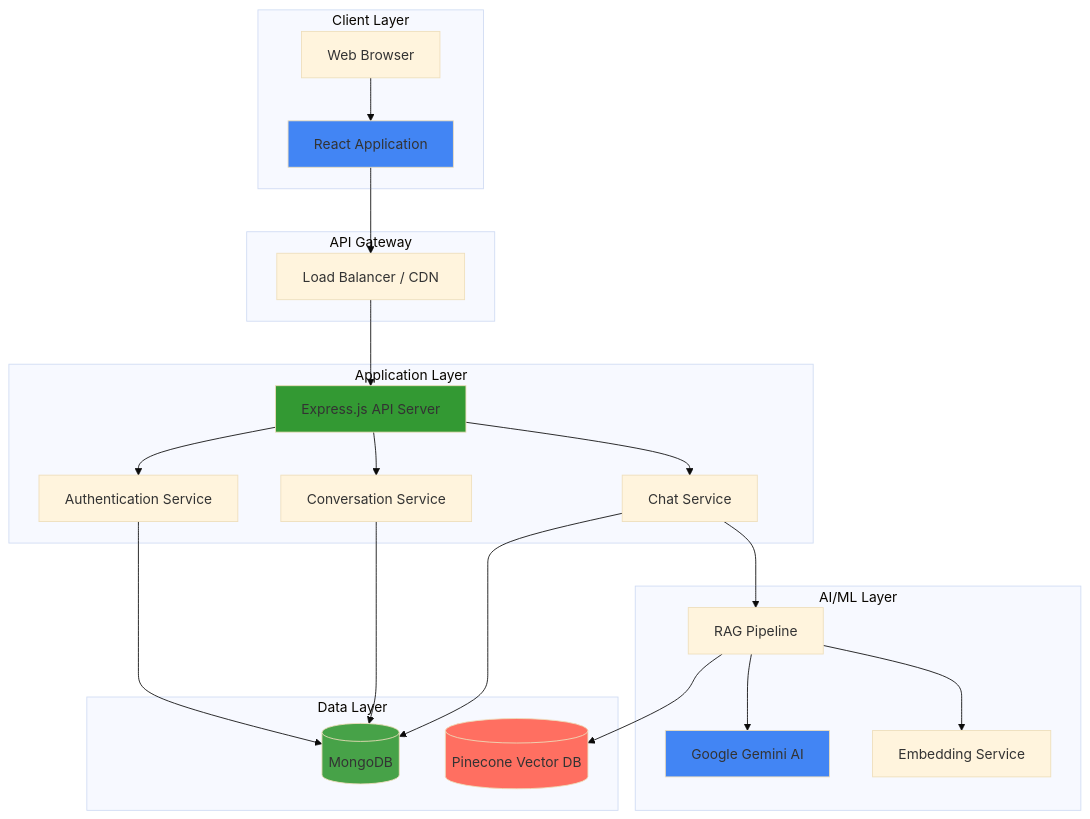
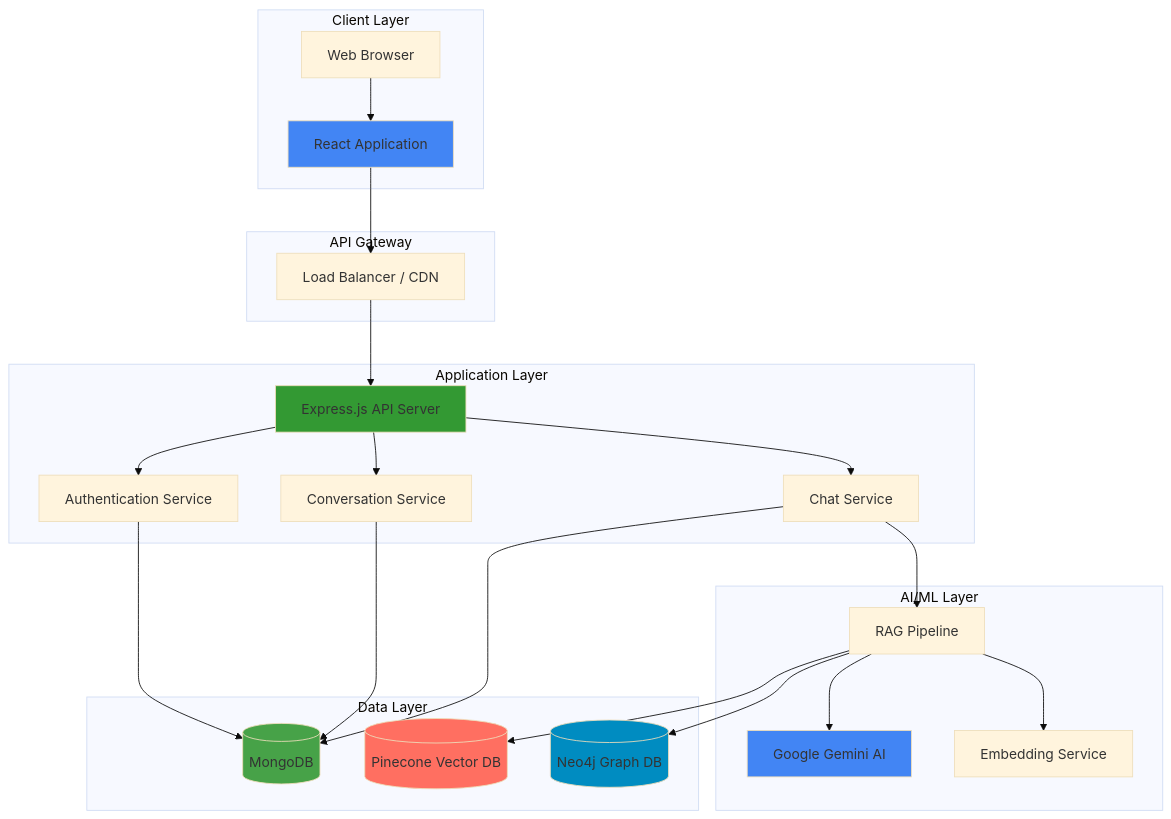
One commit to hoangsonww/AI-RAG-Assistant-Chatbot changed the first of 7 diagrams in README.md. Above: the diagram before and after it, drawn with Mermaid (base theme). The commit also changed other lines of this file and 32 other files, not shown here.

First line of the commit message:
feat(rag): add hybrid Pinecone+Neo4j retrieval, graph ingestion, and CLI graph management

````diff
--- a/README.md
+++ b/README.md
@@ -160,52 +168,55 @@
 ```mermaid
 graph TB
     subgraph "Client Layer"
         Browser[Web Browser]
         React[React Application]
     end
 
     subgraph "API Gateway"
         LB[Load Balancer / CDN]
     end
 
     subgraph "Application Layer"
         API[Express.js API Server]
         Auth[Authentication Service]
         Chat[Chat Service]
         Conv[Conversation Service]
     end
 
     subgraph "AI/ML Layer"
         RAG[RAG Pipeline]
         Gemini[Google Gemini AI]
         Embed[Embedding Service]
     end
 
     subgraph "Data Layer"
         MongoDB[(MongoDB)]
         Pinecone[(Pinecone Vector DB)]
+        Neo4j[(Neo4j Graph DB)]
     end
 
     Browser --> React
     React --> LB
     LB --> API
 
     API --> Auth
     API --> Chat
     API --> Conv
 
     Chat --> RAG
     RAG --> Embed
     RAG --> Gemini
     RAG --> Pinecone
+    RAG --> Neo4j
 
     Auth --> MongoDB
     Conv --> MongoDB
     Chat --> MongoDB
 
     style React fill:#4285F4
     style API fill:#339933
     style MongoDB fill:#47A248
     style Pinecone fill:#FF6F61
+    style Neo4j fill:#008CC1
     style Gemini fill:#4285F4
 ```
````
